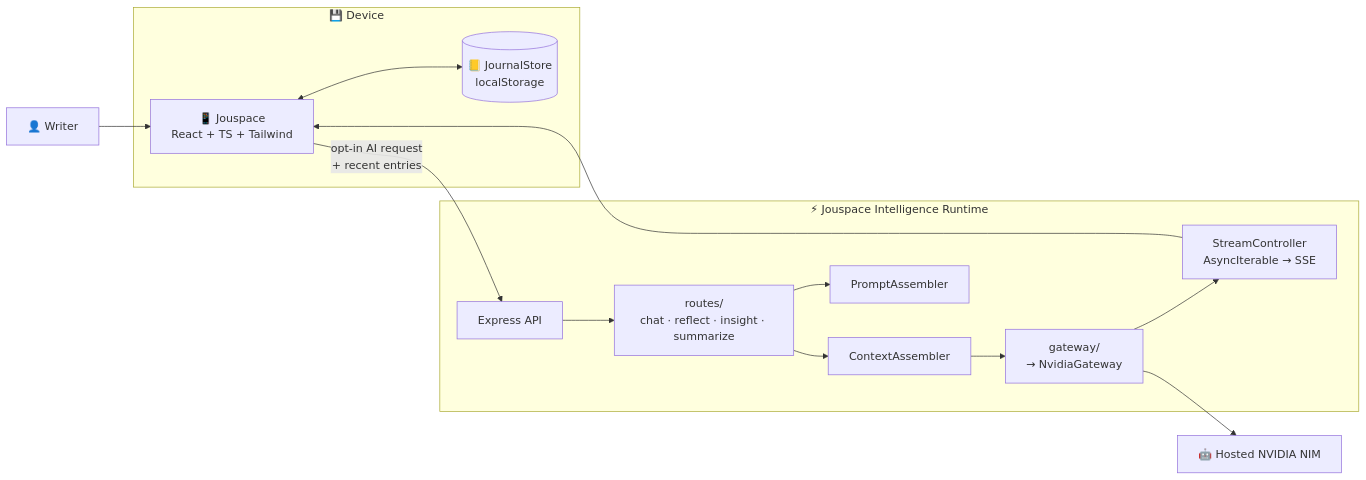
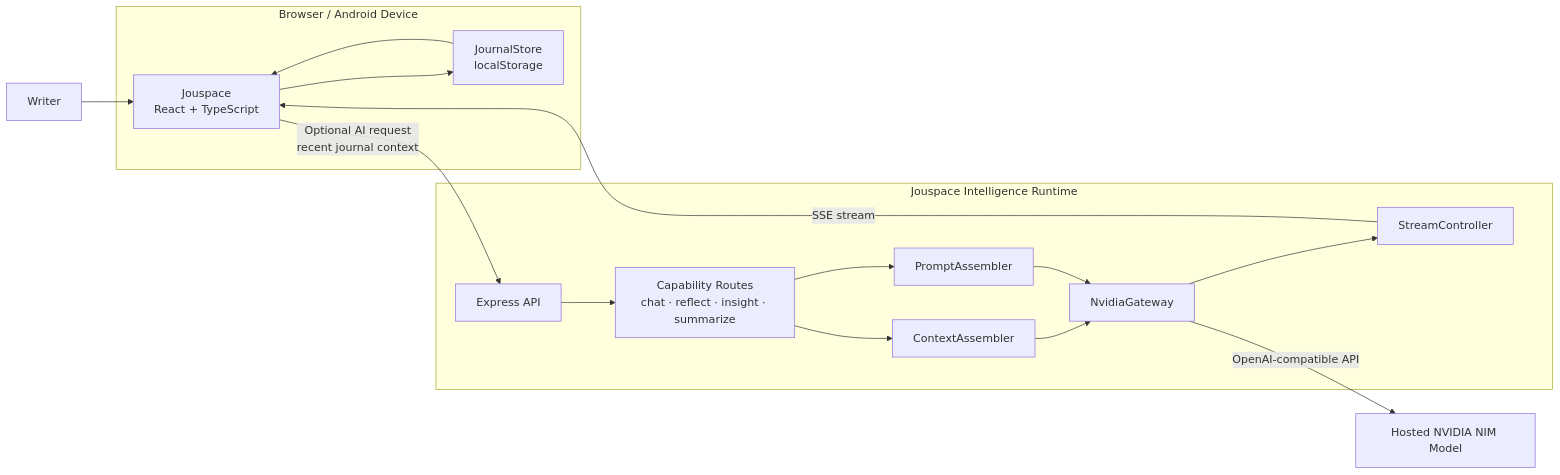
The first of 2 diagrams in README.md (datascyther/Jouspace), drawn with Mermaid before and after one commit. The commit also changed other lines of this file, not shown here.

````diff
--- a/README.md
+++ b/README.md
@@ -213,21 +215,30 @@
 ```mermaid
 flowchart LR
-    User["👤 Writer"] --> App["📱 Jouspace\nReact + TS + Tailwind"]
+    User["Writer"] --> App["Jouspace<br/>React + TypeScript"]
 
-    subgraph Device["💾 Device"]
-        App <--> Store[("📒 JournalStore\nlocalStorage")]
+    subgraph Device["Browser / Android Device"]
+        App --> Store["JournalStore<br/>localStorage"]
+        Store --> App
     end
 
-    App -->|"opt-in AI request\n+ recent entries"| Runtime
+    App -->|"Optional AI request<br/>recent journal context"| Runtime
 
-    subgraph Server["⚡ Jouspace Intelligence Runtime"]
-        Runtime["Express API"] --> Routes["routes/\nchat · reflect · insight · summarize"]
-        Routes --> Context["ContextAssembler"]
-        Routes --> Prompts["PromptAssembler"]
-        Context --> Gateway["gateway/\n→ NvidiaGateway"]
-        Gateway --> Stream["StreamController\nAsyncIterable → SSE"]
+    subgraph Intelligence["Jouspace Intelligence Runtime"]
+        Runtime["Express API"]
+        Routes["Capability Routes<br/>chat · reflect · insight · summarize"]
+        Context["ContextAssembler"]
+        Prompts["PromptAssembler"]
+        Gateway["NvidiaGateway"]
+        Stream["StreamController"]
+
+        Runtime --> Routes
+        Routes --> Context
+        Routes --> Prompts
+        Context --> Gateway
+        Prompts --> Gateway
+        Gateway --> Stream
     end
 
-    Gateway --> NIM["🤖 Hosted NVIDIA NIM"]
-    Stream --> App
+    Gateway -->|"OpenAI-compatible API"| NIM["Hosted NVIDIA NIM Model"]
+    Stream -->|"SSE stream"| App
 ```
````
